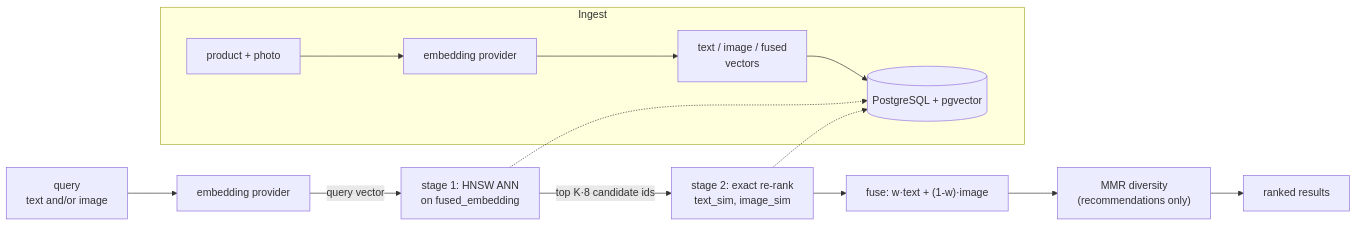
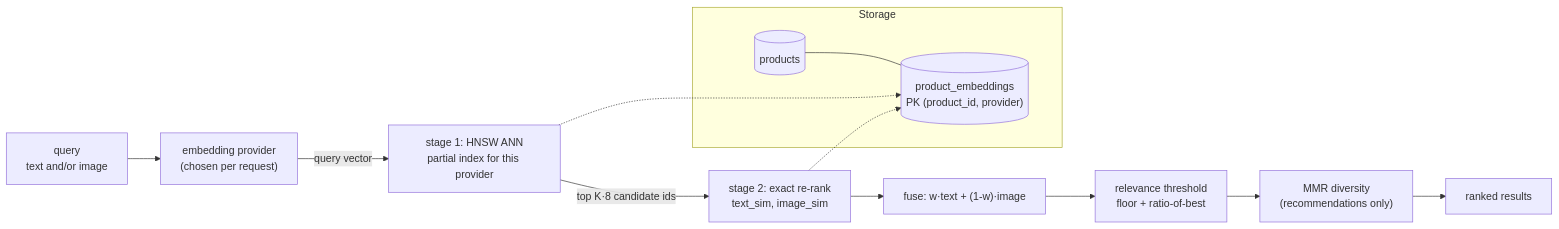
One commit to sany2k8/fastapi-vector-recommendation changed the first of 2 diagrams in README.md. Above: the diagram before and after it, drawn with Mermaid. The commit also changed other lines of this file and 81 other files, not shown here.

````diff
--- a/README.md
+++ b/README.md
@@ -34,16 +34,16 @@
 ```mermaid
 flowchart LR
-    Q["query<br/>text and/or image"] --> E[embedding provider]
-    E -->|query vector| ANN["stage 1: HNSW ANN<br/>on fused_embedding"]
+    Q["query<br/>text and/or image"] --> E["embedding provider<br/>(chosen per request)"]
+    E -->|query vector| ANN["stage 1: HNSW ANN<br/>partial index for this provider"]
     ANN -->|top K·8 candidate ids| RR["stage 2: exact re-rank<br/>text_sim, image_sim"]
     RR --> F["fuse: w·text + (1-w)·image"]
-    F --> MMR["MMR diversity<br/>(recommendations only)"]
+    F --> T["relevance threshold<br/>floor + ratio-of-best"]
+    T --> MMR["MMR diversity<br/>(recommendations only)"]
     MMR --> R[ranked results]
 
-    subgraph Ingest
-        P[product + photo] --> E2[embedding provider]
-        E2 --> V["text / image / fused<br/>vectors"] --> DB[(PostgreSQL + pgvector)]
+    subgraph Storage
+        DB[("products")] --- PE[("product_embeddings<br/>PK (product_id, provider)")]
     end
-    ANN -.-> DB
-    RR -.-> DB
+    ANN -.-> PE
+    RR -.-> PE
 ```
````
